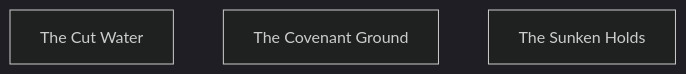
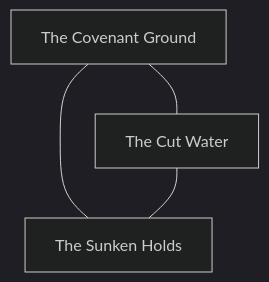
One commit to rstevenson1237/setting_builder changed the diagram in build/diagrams/T1_SETTING.md. Above: the diagram before and after it, drawn with Mermaid (dark theme). The commit also changed 37 other files, not shown here.

````diff
--- a/build/diagrams/T1_SETTING.md
+++ b/build/diagrams/T1_SETTING.md
@@ -1,8 +1,11 @@
 ```mermaid
 flowchart TD
 %% Tier 1. The setting: 3 setting-level containers, binary edges.
 %% Derived by tools/mermaid_gen.py. Do not edit.
     C_CUT_WATER["The Cut Water"]
     C_COVENANT_GROUND["The Covenant Ground"]
     C_SUNKEN_HOLDS["The Sunken Holds"]
+    C_COVENANT_GROUND --- C_CUT_WATER
+    C_COVENANT_GROUND --- C_SUNKEN_HOLDS
+    C_CUT_WATER --- C_SUNKEN_HOLDS
 ```
````
